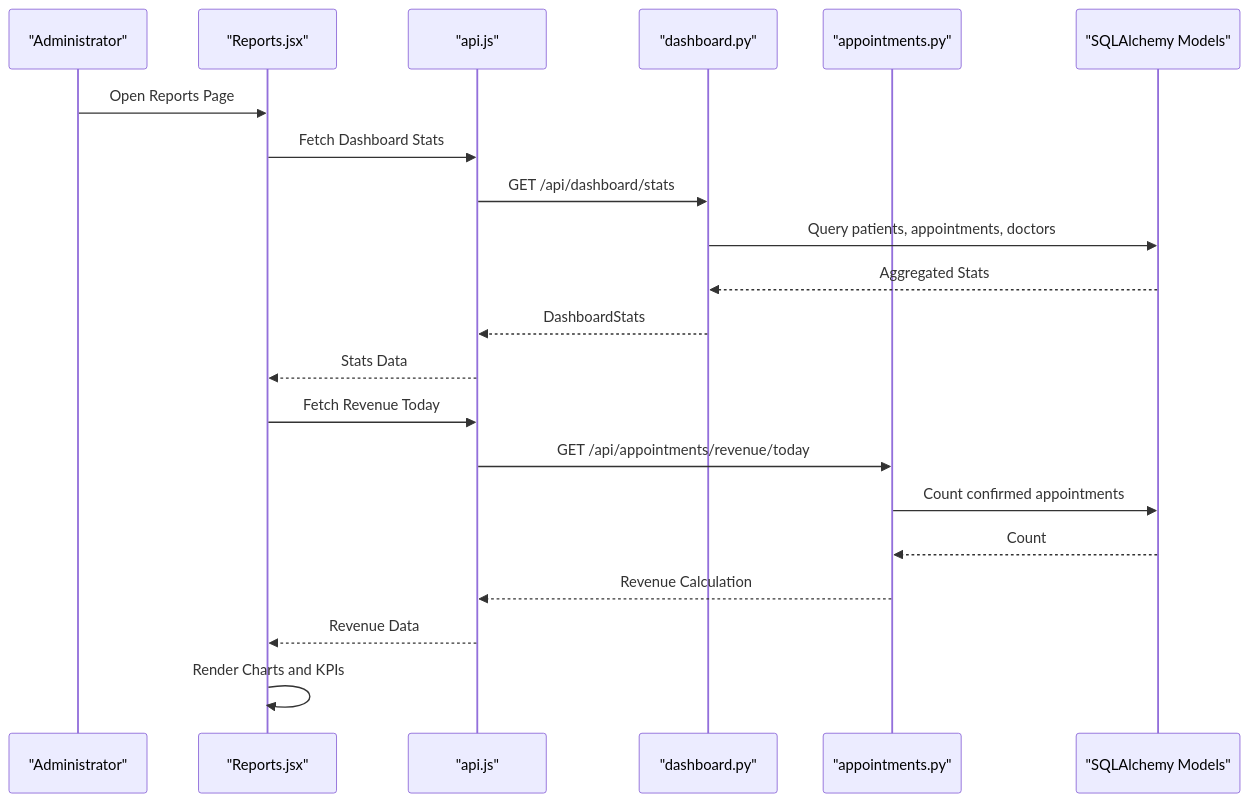
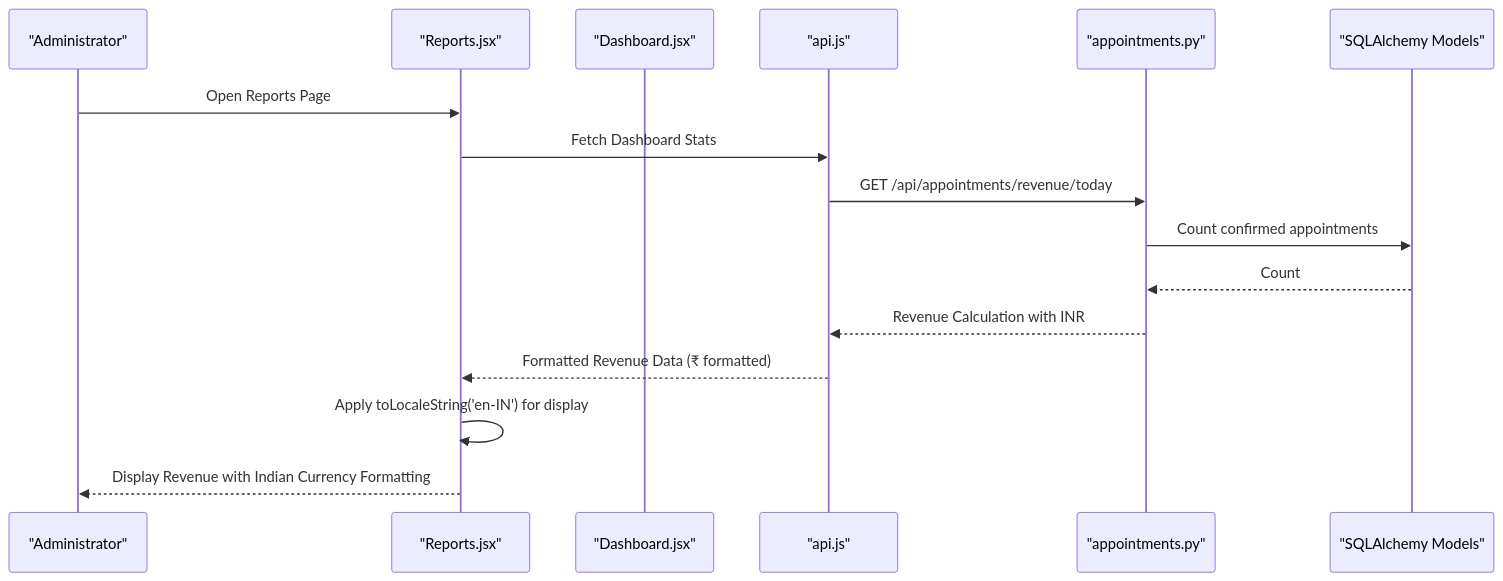
Before and after one commit to kasliwalsarthak7972/smart-healthcare-dashboard: the second of 7 diagrams in .qoder/repowiki/en/content/Frontend Component Architecture/Reports Component.md, drawn with Mermaid. The commit also changed other lines of this file and 7 other files, not shown here.

````diff
--- a/.qoder/repowiki/en/content/Frontend Component Architecture/Reports Component.md
+++ b/.qoder/repowiki/en/content/Frontend Component Architecture/Reports Component.md
@@ -113,23 +109,18 @@
 ```mermaid
 sequenceDiagram
 participant User as "Administrator"
-participant Frontend as "Reports.jsx"
+participant Reports as "Reports.jsx"
+participant Dashboard as "Dashboard.jsx"
 participant API as "api.js"
-participant DashboardRouter as "dashboard.py"
 participant AppointmentsRouter as "appointments.py"
 participant DB as "SQLAlchemy Models"
-User->>Frontend : Open Reports Page
-Frontend->>API : Fetch Dashboard Stats
-API->>DashboardRouter : GET /api/dashboard/stats
-DashboardRouter->>DB : Query patients, appointments, doctors
-DB-->>DashboardRouter : Aggregated Stats
-DashboardRouter-->>API : DashboardStats
-API-->>Frontend : Stats Data
-Frontend->>API : Fetch Revenue Today
+User->>Reports : Open Reports Page
+Reports->>API : Fetch Dashboard Stats
 API->>AppointmentsRouter : GET /api/appointments/revenue/today
 AppointmentsRouter->>DB : Count confirmed appointments
 DB-->>AppointmentsRouter : Count
-AppointmentsRouter-->>API : Revenue Calculation
-API-->>Frontend : Revenue Data
-Frontend->>Frontend : Render Charts and KPIs
+AppointmentsRouter-->>API : Revenue Calculation with INR
+API-->>Reports : Formatted Revenue Data (₹ formatted)
+Reports->>Reports : Apply toLocaleString('en-IN') for display
+Reports-->>User : Display Revenue with Indian Currency Formatting
 ```
````
